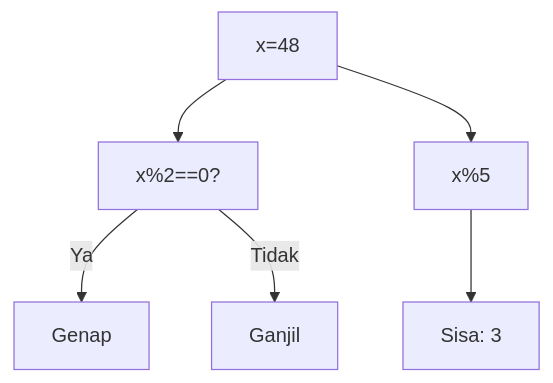
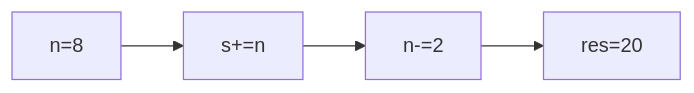
Before and after one commit to amnahwaida/OSNK_INF_PREP: diagram 11 of 25 in part-c-pemahaman-cpp/03-perulangan/latihan/set-03.md, drawn with Mermaid. The commit also changed other lines of this file and 71 other files, not shown here.

````diff
--- a/part-c-pemahaman-cpp/03-perulangan/latihan/set-03.md
+++ b/part-c-pemahaman-cpp/03-perulangan/latihan/set-03.md
@@ -408,8 +291,6 @@
 ```mermaid
-graph TD
-A["x=48"] --> B["x%2==0?"]
-B -- Ya --> C["Genap"]
-B -- Tidak --> D["Ganjil"]
-A --> E["x%5"]
-E --> F["Sisa: 3"]
+graph LR
+A["n=8"] --> B["s+=n"]
+B --> C["n-=2"]
+C --> D["res=20"]
 ```
````
